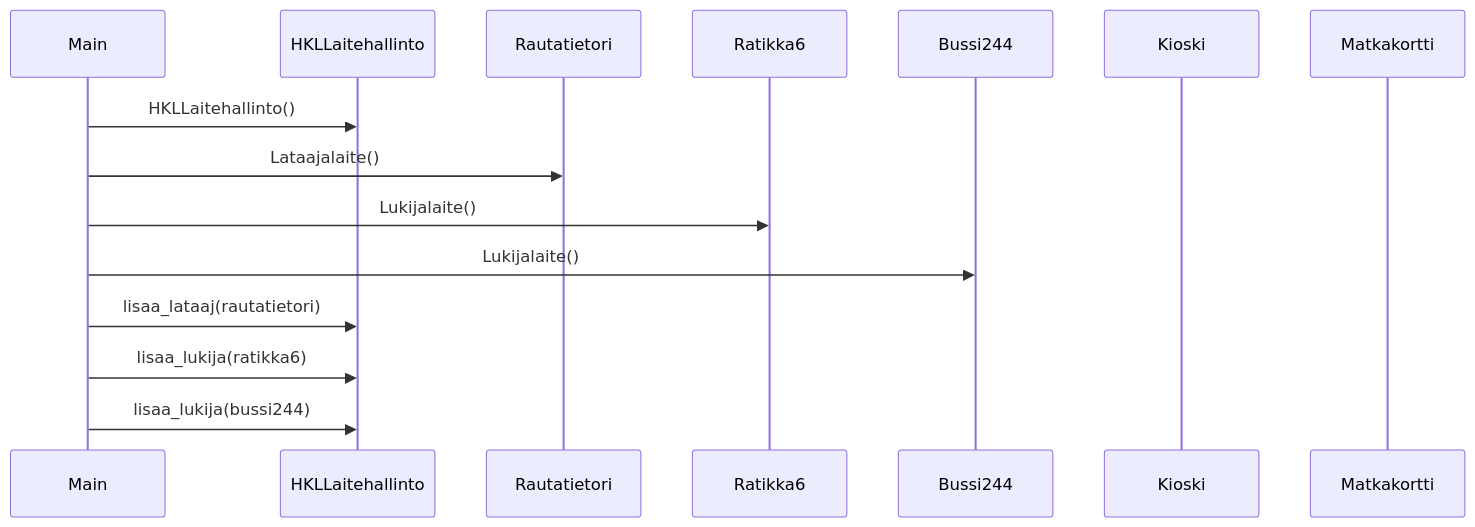
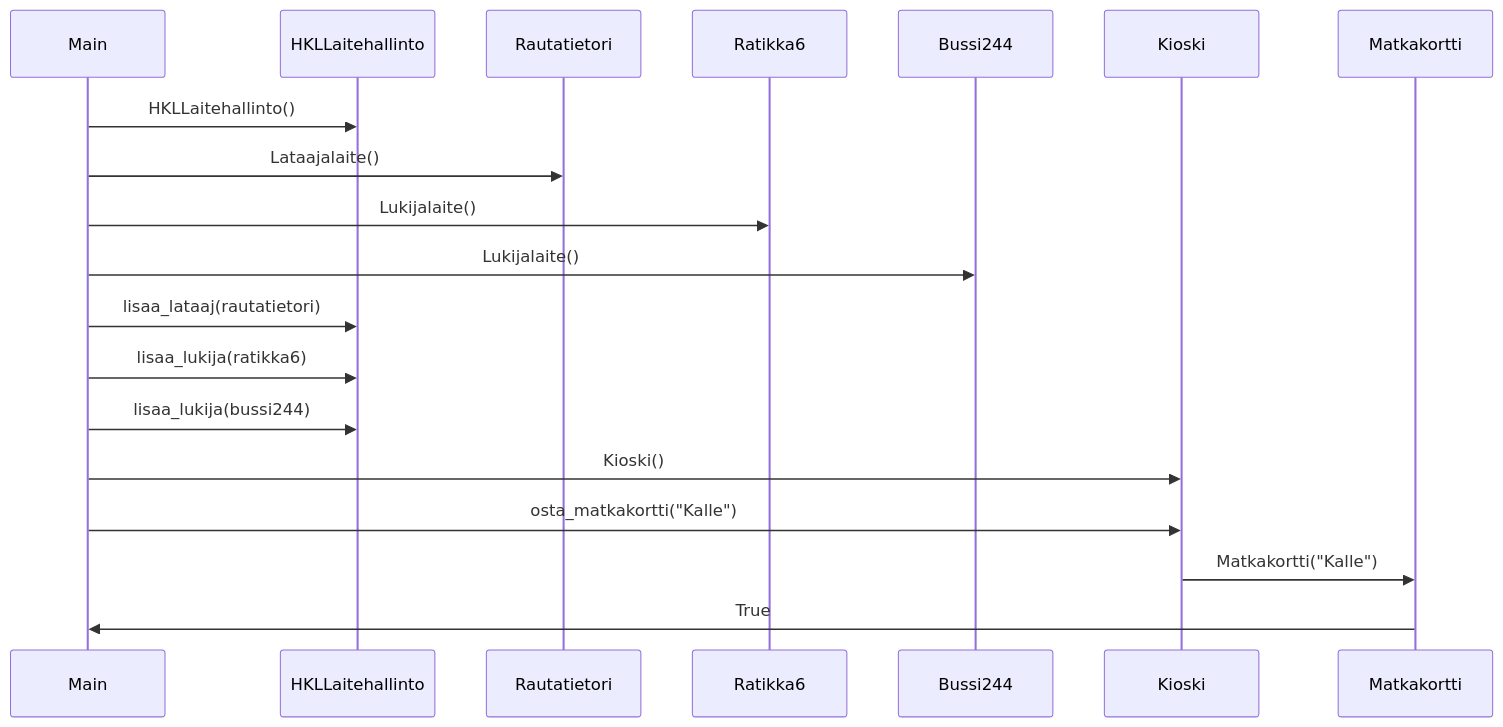
The second of 2 diagrams in laskarit/viikko3/sekvenssikaavio.md (phuvio/ot-harjoitustyo), drawn with Mermaid before and after one commit.

````diff
--- a/laskarit/viikko3/sekvenssikaavio.md
+++ b/laskarit/viikko3/sekvenssikaavio.md
@@ -27,18 +27,22 @@
 ```mermaid
   sequenceDiagram
       participant M as Main
       participant H as HKLLaitehallinto
       participant L as Rautatietori
       participant R as Ratikka6
       participant B as Bussi244
       participant K as Kioski
       participant A as Matkakortti
       
       M->>H: HKLLaitehallinto()
       M->>L: Lataajalaite()
       M->>R: Lukijalaite()
       M->>B: Lukijalaite()
       M->>H: lisaa_lataaj(rautatietori)
       M->>H: lisaa_lukija(ratikka6)
       M->>H: lisaa_lukija(bussi244)
+      M->>K: Kioski()
+      M->>K: osta_matkakortti("Kalle")
+      K->>A: Matkakortti("Kalle")
+      A->>M: True
 ```
````
